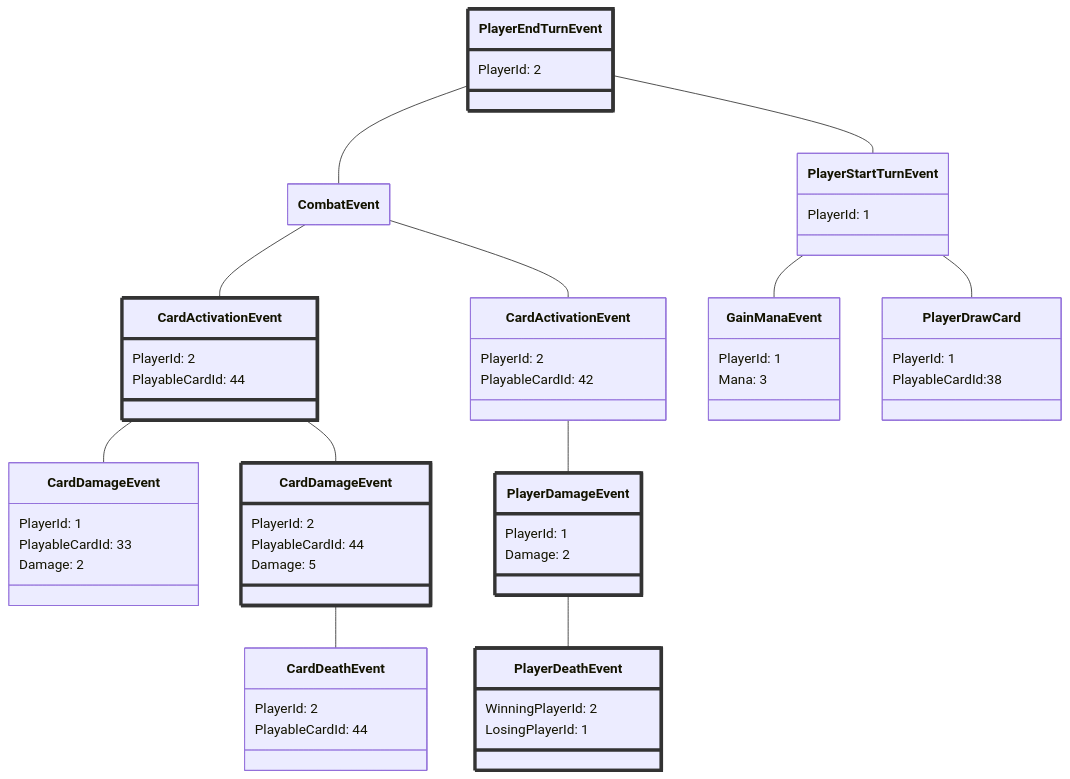
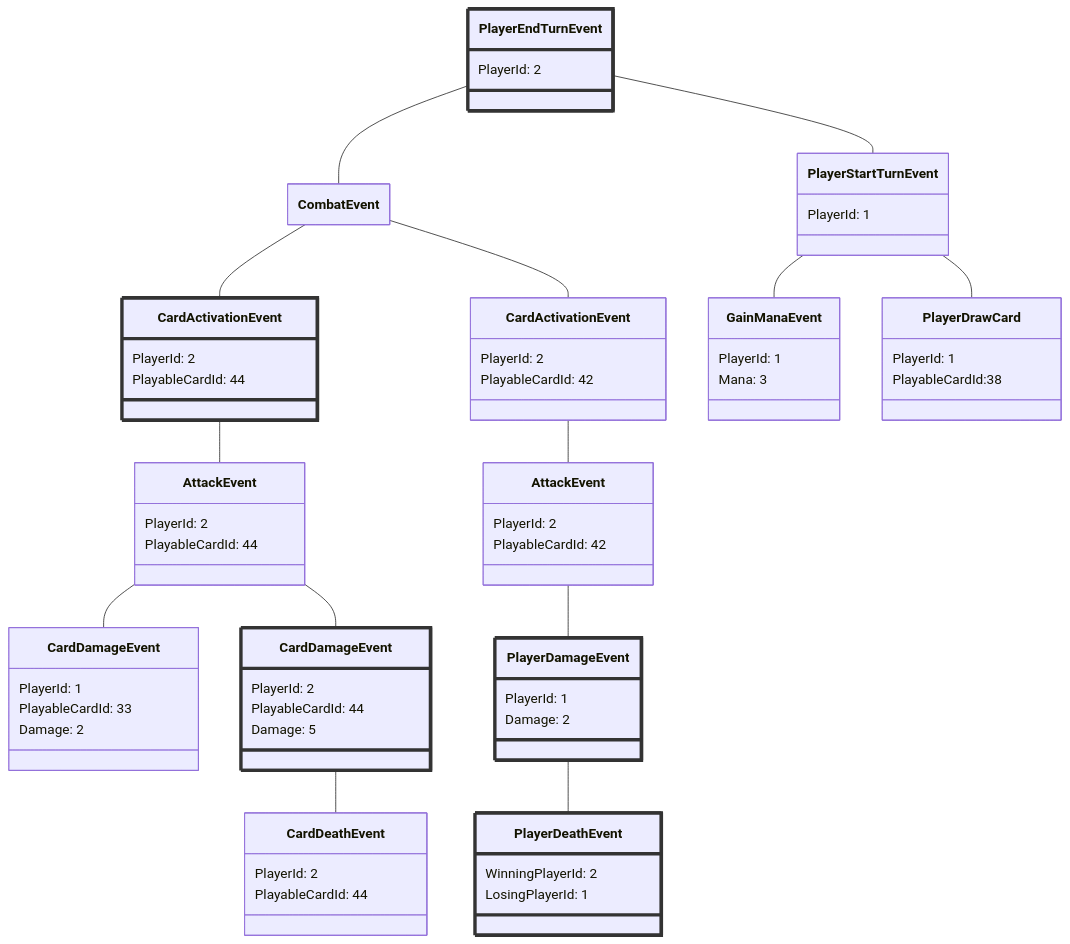
One commit to departement-info-cem/5W5-Web-Avancee changed the first of 2 diagrams in web/docs/04-tps/02-tp2.mdx. Above: the diagram before and after it, drawn with Mermaid.

Commit message:
Ajout attack

````diff
--- a/web/docs/04-tps/02-tp2.mdx
+++ b/web/docs/04-tps/02-tp2.mdx
@@ -162,70 +162,80 @@
             ```mermaid
             ---
             config:
                 class:
                     hideEmptyMembersBox: true
             ---
             classDiagram
                 class PlayerEndTurnEvent["PlayerEndTurnEvent"]:::dotted {
                     PlayerId: 2
                 }
                 class CombatEvent["CombatEvent"]
                 class CardActivationEvent1["CardActivationEvent"]:::dotted {
                     PlayerId: 2
                     PlayableCardId: 44
                 }
                 class CardActivationEvent2["CardActivationEvent"] {
                     PlayerId: 2
                     PlayableCardId: 42
                 }
                 class CardDamageEvent1["CardDamageEvent"] {
                     PlayerId: 1
                     PlayableCardId: 33
                     Damage: 2
                 }
                 class CardDamageEvent2["CardDamageEvent"]:::dotted {
                     PlayerId: 2
                     PlayableCardId: 44
                     Damage: 5
                 }
                 class PlayerDamageEvent["PlayerDamageEvent"]:::dotted {
                     PlayerId: 1
                     Damage: 2
                 }
                 class CardDeathEvent1["CardDeathEvent"] {
                     PlayerId: 2
                     PlayableCardId: 44
                 }
                 class PlayerDeathEvent["PlayerDeathEvent"]:::dotted {
                     WinningPlayerId: 2
                     LosingPlayerId: 1
                 }
                 class PlayerStartTurnEvent["PlayerStartTurnEvent"] {
                     PlayerId: 1
                 }
                 class GainManaEvent["GainManaEvent"] {
                     PlayerId: 1
                     Mana: 3
                 }
                 class PlayerDrawCard["PlayerDrawCard"] {
                     PlayerId: 1
                     PlayableCardId:38
                 }
+                class AttackEvent1["AttackEvent"] {
+                    PlayerId: 2
+                    PlayableCardId: 44
+                }
+                class AttackEvent2["AttackEvent"] {
+                    PlayerId: 2
+                    PlayableCardId: 42
+                }
                 PlayerEndTurnEvent -- CombatEvent
                 CombatEvent -- CardActivationEvent1
-                CardActivationEvent1 -- CardDamageEvent1
-                CardActivationEvent1 -- CardDamageEvent2
+                AttackEvent1 -- CardDamageEvent1
+                AttackEvent1 -- CardDamageEvent2
                 CombatEvent -- CardActivationEvent2
                 CardDamageEvent2 -- CardDeathEvent1
-                CardActivationEvent2 -- PlayerDamageEvent
+                AttackEvent2 -- PlayerDamageEvent
                 PlayerDamageEvent -- PlayerDeathEvent
                 PlayerEndTurnEvent -- PlayerStartTurnEvent
                 PlayerStartTurnEvent -- GainManaEvent
                 PlayerStartTurnEvent -- PlayerDrawCard
+                CardActivationEvent1 -- AttackEvent1
+                CardActivationEvent2 -- AttackEvent2
                 click PlayerEndTurnEvent call eval('') "La carte 42 a été mise en jeu.</br>C'est la 2ième carte pour le joueur 2 qui avait déjà mis la carte 44 en jeu.</br>La carte 33 est déjà en jeu pour l'adversaire."
                 click CardActivationEvent1 call eval('') "La carte 44 était en jeu et attaque la carte 33,</br>mais n'arrive pas à la vaincre."
                 click CardDamageEvent2 call eval('') "La carte 33 se défend</br>et tue la carte 44."
                 click PlayerDamageEvent call eval('') "La carte 42 attaque directement le joueur 1</br>car il n'a pas de 2ième carte en jeu."
                 click PlayerDeathEvent call eval('') "Le joueur 1 n'avait plus qu'un point de vie</br>et perd la partie!"
                 classDef dotted stroke:#333,stroke-width:4px;
             ```
````
